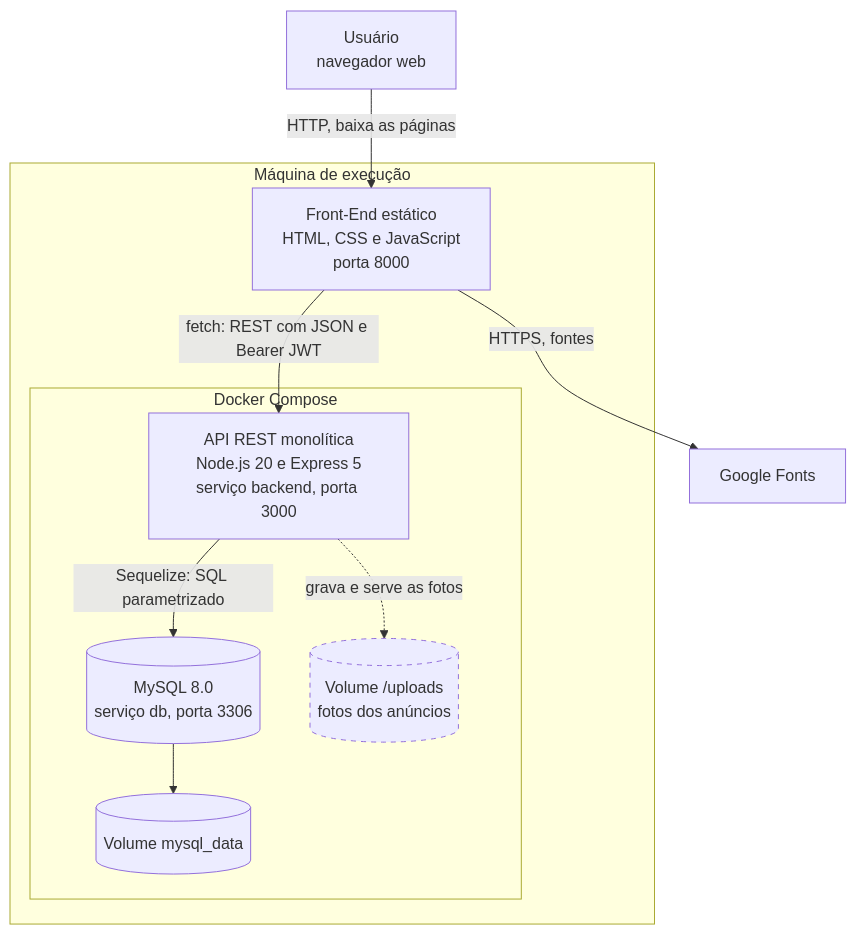
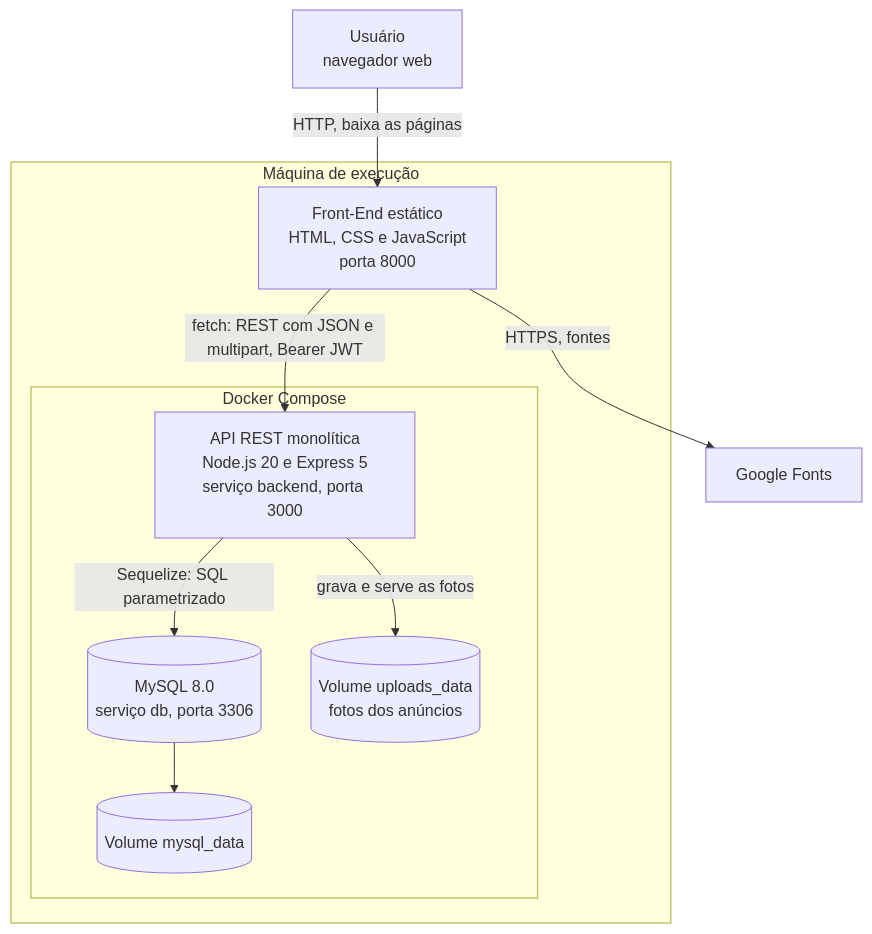
One commit to Matheus-Castro-Paula/Radar-UFLA changed the second of 4 diagrams in docs/arquitetura/arquitetura.md. Above: the diagram before and after it, drawn with Mermaid. The commit also changed other lines of this file, not shown here.

````diff
--- a/docs/arquitetura/arquitetura.md
+++ b/docs/arquitetura/arquitetura.md
@@ -59,33 +59,31 @@
 ```mermaid
 flowchart TB
     usuario["Usuário<br/>navegador web"]
     fontes["Google Fonts"]
 
     subgraph maquina["Máquina de execução"]
         front["Front-End estático<br/>HTML, CSS e JavaScript<br/>porta 8000"]
 
         subgraph compose["Docker Compose"]
             api["API REST monolítica<br/>Node.js 20 e Express 5<br/>serviço backend, porta 3000"]
             banco[("MySQL 8.0<br/>serviço db, porta 3306")]
             dados[("Volume mysql_data")]
-            uploads[("Volume /uploads<br/>fotos dos anúncios")]
+            uploads[("Volume uploads_data<br/>fotos dos anúncios")]
         end
     end
 
     usuario -->|"HTTP, baixa as páginas"| front
     front -->|"HTTPS, fontes"| fontes
-    front -->|"fetch: REST com JSON e Bearer JWT"| api
+    front -->|"fetch: REST com JSON e multipart, Bearer JWT"| api
     api -->|"Sequelize: SQL parametrizado"| banco
     banco --> dados
-    api -.->|"grava e serve as fotos"| uploads
-
-    style uploads stroke-dasharray: 5 5
+    api -->|"grava e serve as fotos"| uploads
 
     click usuario href "https://github.com/Matheus-Castro-Paula/Radar-UFLA/blob/main/docs/requisitos/requisitos.md#2-atores-e-perfis" "Atores e perfis" _blank
     click fontes href "https://github.com/Matheus-Castro-Paula/Radar-UFLA/blob/main/API/Front-End/index.html" "Referência às fontes" _blank
     click front href "https://github.com/Matheus-Castro-Paula/Radar-UFLA/tree/main/API/Front-End" "Código do Front-End" _blank
     click api href "https://github.com/Matheus-Castro-Paula/Radar-UFLA/tree/main/API/Back-End/src" "Código da API" _blank
     click banco href "https://github.com/Matheus-Castro-Paula/Radar-UFLA/blob/main/API/Back-End/docker-compose.yml" "Serviço db" _blank
     click dados href "https://github.com/Matheus-Castro-Paula/Radar-UFLA/blob/main/API/Back-End/docker-compose.yml" "Volume mysql_data" _blank
-    click uploads href "https://github.com/Matheus-Castro-Paula/Radar-UFLA/blob/main/API/Back-End/docker-compose.yml" "Configuração dos volumes" _blank
+    click uploads href "https://github.com/Matheus-Castro-Paula/Radar-UFLA/blob/main/API/Back-End/src/services/MidiaStorage.js" "Gravação das fotos" _blank
 ```
````
